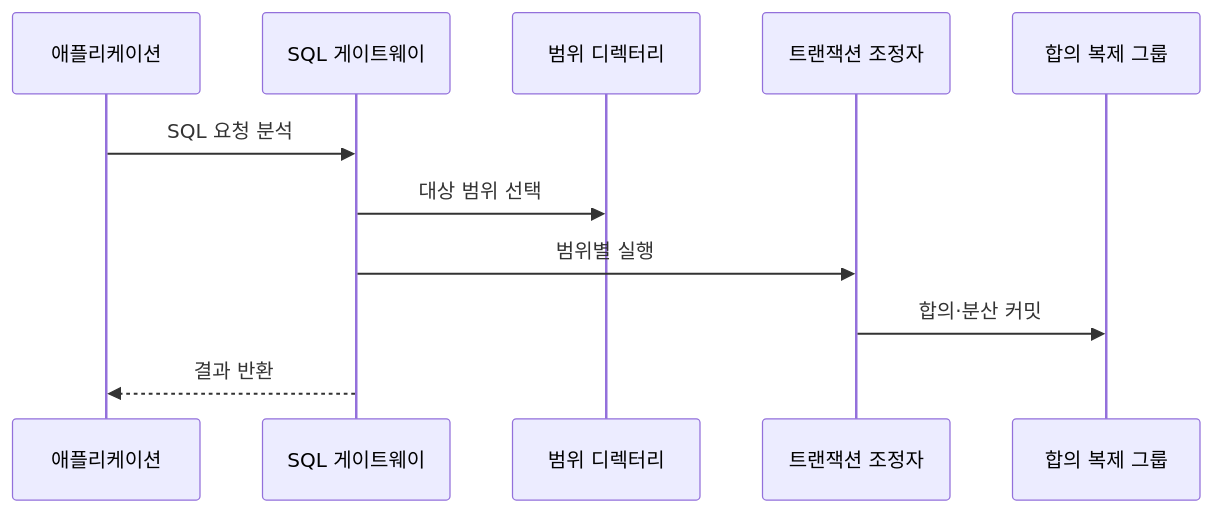
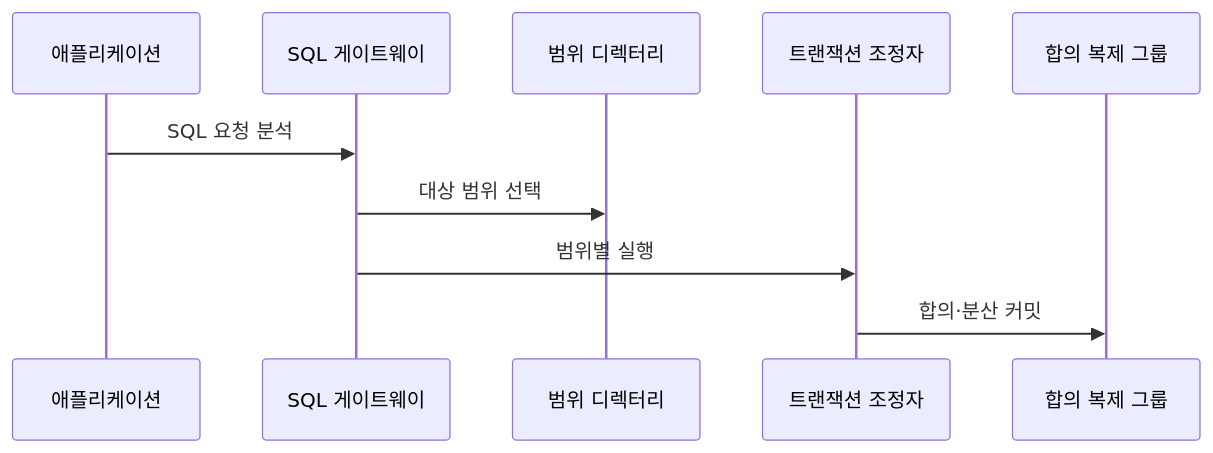
Before and after one commit to agnusdei1207/knowledge-base: the second of 2 diagrams in src/content/docs/notes/03-software/115_newsql.md, drawn with Mermaid. The commit also changed other lines of this file and 13 other files, not shown here.

````diff
--- a/src/content/docs/notes/03-software/115_newsql.md
+++ b/src/content/docs/notes/03-software/115_newsql.md
@@ -87,13 +87,12 @@
 ```mermaid
 sequenceDiagram
     participant A as 애플리케이션
     participant G as SQL 게이트웨이
     participant D as 범위 디렉터리
     participant C as 트랜잭션 조정자
     participant R as 합의 복제 그룹
     A->>G: SQL 요청 분석
     G->>D: 대상 범위 선택
     G->>C: 범위별 실행
     C->>R: 합의·분산 커밋
-    G-->>A: 결과 반환
 ```
````
